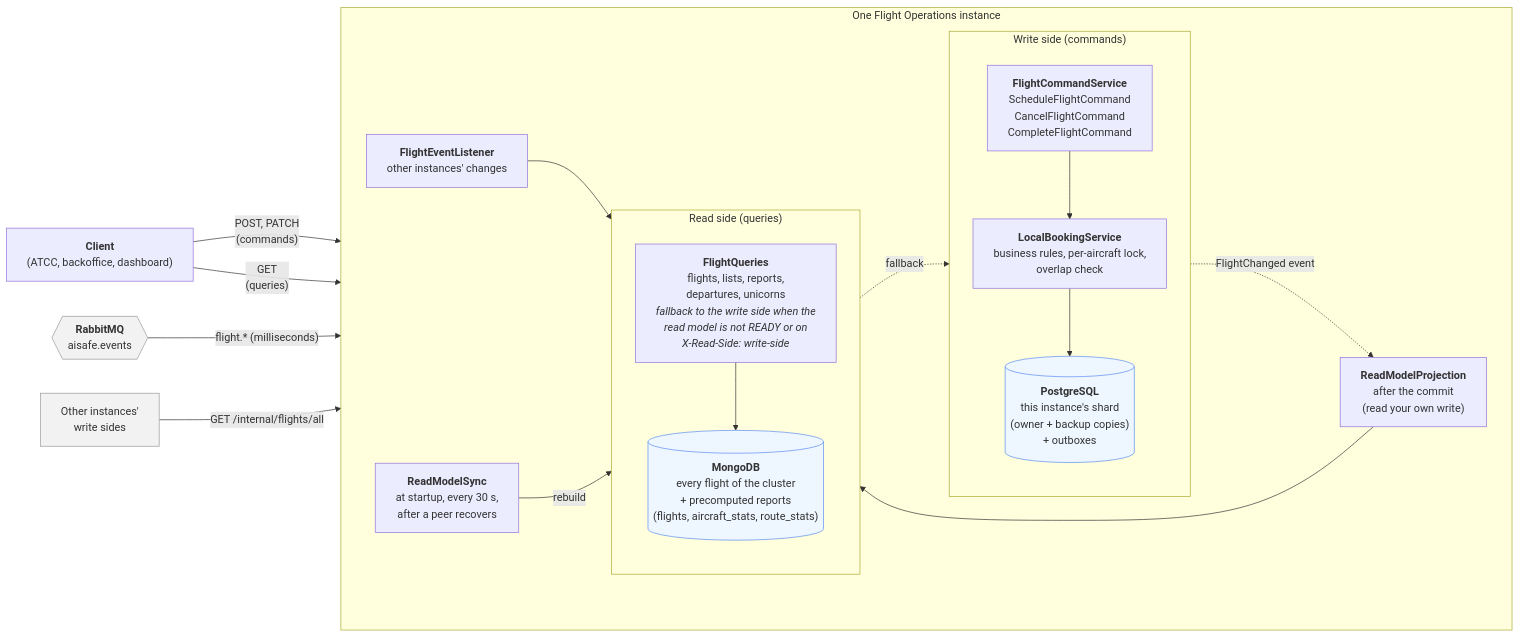
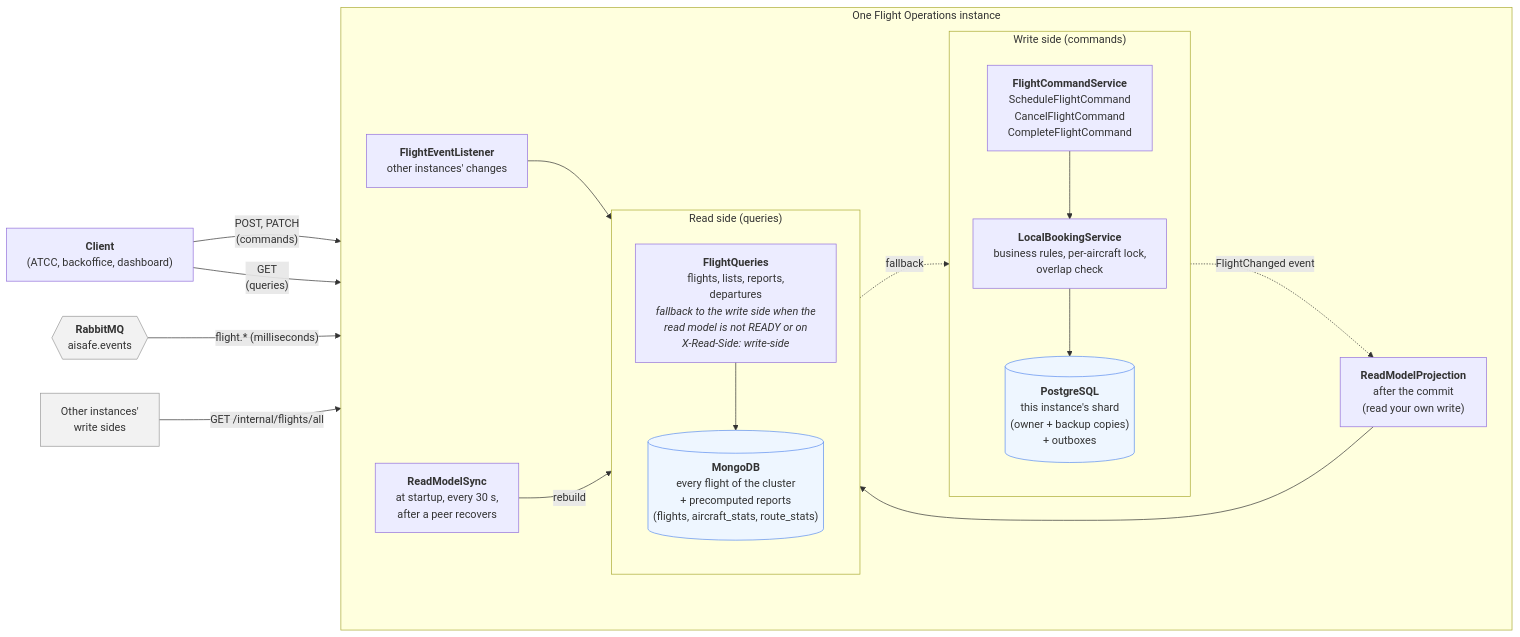
The diagram in docs/diagrams/8-cqrs.mmd (ImJay1527/flight-operations-service), drawn with Mermaid before and after one commit. The commit also changed 30 other files, not shown here.

```diff
--- a/docs/diagrams/8-cqrs.mmd
+++ b/docs/diagrams/8-cqrs.mmd
@@ -1,44 +1,44 @@
 ---
 config:
   flowchart:
     wrappingWidth: 400
 ---
 %% CQRS (P2 p.2): commands change the write model, queries read the read model; two databases per instance
 flowchart LR
     client["<b>Client</b><br/>(ATCC, backoffice, dashboard)"]
 
     subgraph inst["One Flight Operations instance"]
         direction LR
         subgraph W["Write side (commands)"]
             direction TB
             cmd["<b>FlightCommandService</b><br/>ScheduleFlightCommand<br/>CancelFlightCommand<br/>CompleteFlightCommand"]
             book["<b>LocalBookingService</b><br/>business rules, per-aircraft lock,<br/>overlap check"]
             wdb[("<b>PostgreSQL</b><br/>this instance's shard<br/>(owner + backup copies)<br/>+ outboxes")]
             cmd --> book --> wdb
         end
         subgraph R["Read side (queries)"]
             direction TB
-            qry["<b>FlightQueries</b><br/>flights, lists, reports,<br/>departures, unicorns<br/><i>fallback to the write side when the<br/>read model is not READY or on<br/>X-Read-Side: write-side</i>"]
+            qry["<b>FlightQueries</b><br/>flights, lists, reports,<br/>departures<br/><i>fallback to the write side when the<br/>read model is not READY or on<br/>X-Read-Side: write-side</i>"]
             rdb[("<b>MongoDB</b><br/>every flight of the cluster<br/>+ precomputed reports<br/>(flights, aircraft_stats, route_stats)")]
             qry --> rdb
         end
         proj["<b>ReadModelProjection</b><br/>after the commit<br/>(read your own write)"]
         sync["<b>ReadModelSync</b><br/>at startup, every 30 s,<br/>after a peer recovers"]
         listener["<b>FlightEventListener</b><br/>other instances' changes"]
     end
 
     broker{{"<b>RabbitMQ</b><br/>aisafe.events"}}
     peers["Other instances'<br/>write sides"]
 
     client -->|"POST, PATCH<br/>(commands)"| cmd
     client -->|"GET<br/>(queries)"| qry
     wdb -.->|"FlightChanged event"| proj --> rdb
     broker -->|"flight.* (milliseconds)"| listener --> rdb
     sync -->|"rebuild"| rdb
     peers -->|"GET /internal/flights/all"| sync
     qry -.->|"fallback"| wdb
 
     classDef store fill:#eef6ff,stroke:#5b8def
     classDef ext fill:#f2f2f2,stroke:#999
     class wdb,rdb store
     class broker,peers ext
```
